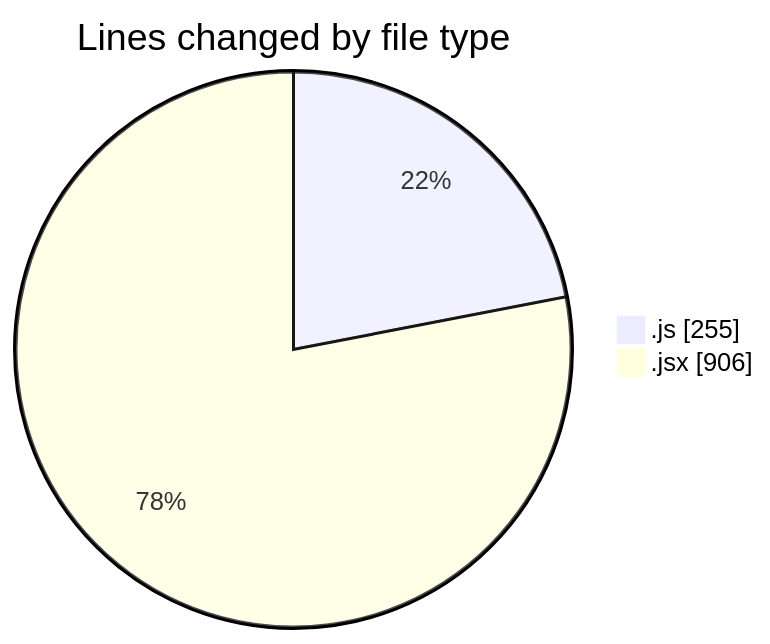
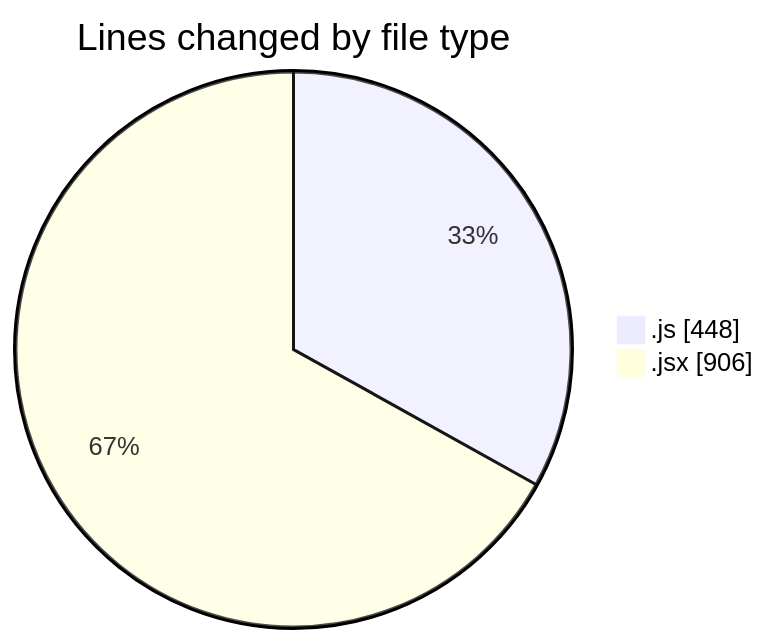
One commit to robertbonfada/code-tracking changed the first of 2 diagrams in 2025-01-13/termonied-web/README.md. Above: the diagram before and after it, drawn with Mermaid. The commit also changed other lines of this file and 1 other file, not shown here.

````diff
--- a/2025-01-13/termonied-web/README.md
+++ b/2025-01-13/termonied-web/README.md
@@ -21,6 +22,6 @@
 ```mermaid
 pie showData
 title Lines changed by file type
-".js" : 255
+".js" : 448
 ".jsx" : 906
 ```
````
